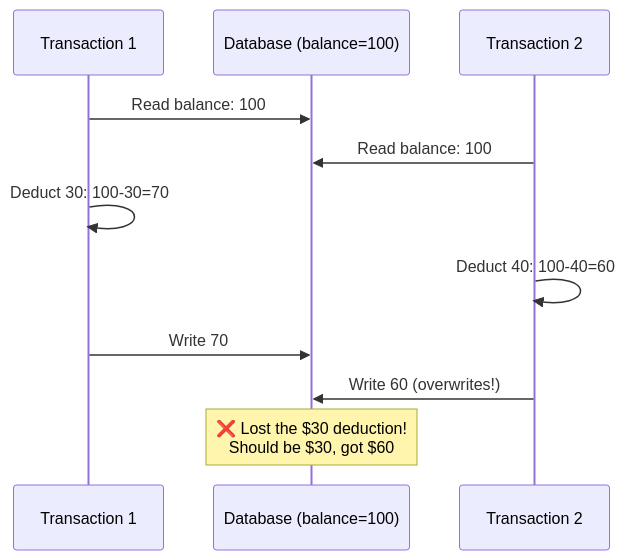
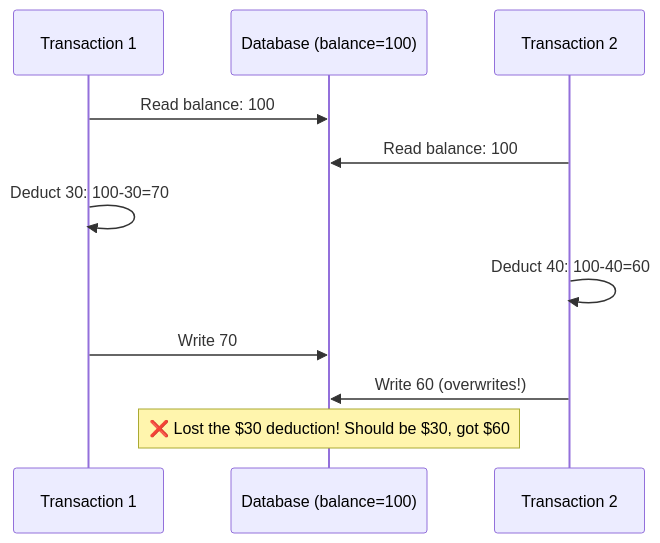
Before and after one commit to p1kmr/for-reading: diagram 29 of 39 in Distributed_Concurrency_Control_Guide.md, drawn with Mermaid. The commit also changed other lines of this file and 2 other files, not shown here.

Commit message:
Fix Mermaid rendering issues in Databases and Message Queues guides by simplifying complex diagrams

````diff
--- a/Distributed_Concurrency_Control_Guide.md
+++ b/Distributed_Concurrency_Control_Guide.md
@@ -1676,17 +1676,17 @@
 ```mermaid
 sequenceDiagram
     participant T1 as Transaction 1
     participant DB as Database (balance=100)
     participant T2 as Transaction 2
 
     T1->>DB: Read balance: 100
     T2->>DB: Read balance: 100
 
     T1->>T1: Deduct 30: 100-30=70
     T2->>T2: Deduct 40: 100-40=60
 
     T1->>DB: Write 70
     T2->>DB: Write 60 (overwrites!)
 
-    Note over DB: ❌ Lost the $30 deduction!<br/>Should be $30, got $60
+    Note over DB: ❌ Lost the $30 deduction! Should be $30, got $60
 ```
````
